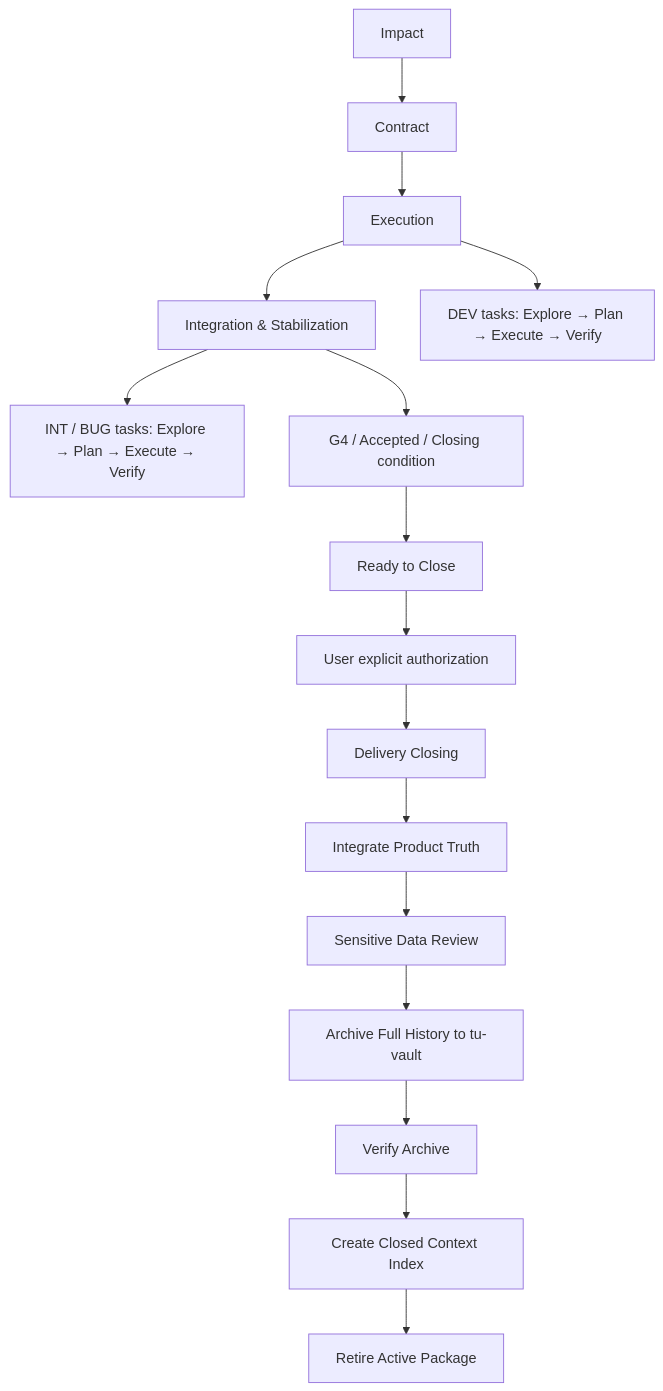
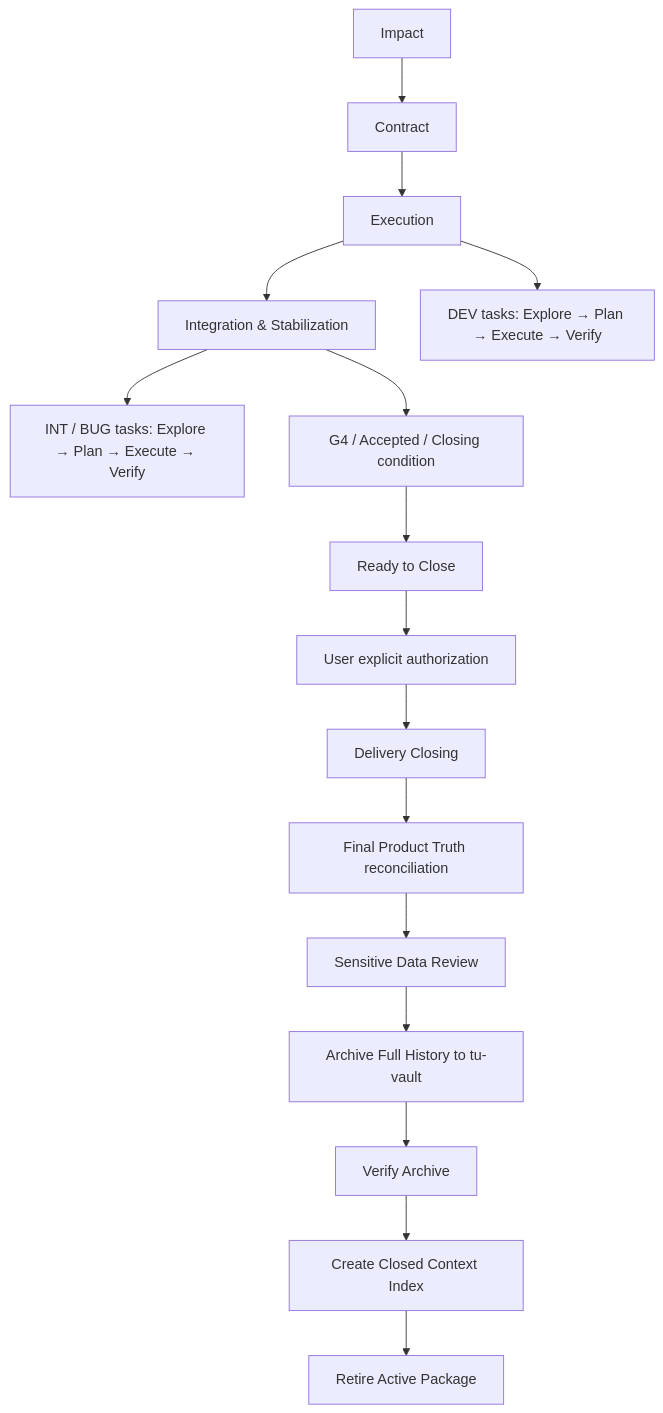
The diagram in docs/workflows/feature-delivery/README.md (cnxutu/tu-engineering-workbench), drawn with Mermaid before and after one commit. The commit also changed other lines of this file and 13 other files, not shown here.

````diff
--- a/docs/workflows/feature-delivery/README.md
+++ b/docs/workflows/feature-delivery/README.md
@@ -140,16 +140,16 @@
 ```mermaid
 flowchart TD
     I[Impact] --> C[Contract] --> E[Execution] --> S[Integration & Stabilization]
     E --> D[DEV tasks: Explore → Plan → Execute → Verify]
     S --> T[INT / BUG tasks: Explore → Plan → Execute → Verify]
     S --> G[G4 / Accepted / Closing condition]
     G --> R[Ready to Close]
     R --> U[User explicit authorization]
     U --> DC[Delivery Closing]
-    DC --> IP[Integrate Product Truth]
+    DC --> IP[Final Product Truth reconciliation]
     IP --> SDR[Sensitive Data Review]
     SDR --> A[Archive Full History to tu-vault]
     A --> VA[Verify Archive]
     VA --> CI[Create Closed Context Index]
     CI --> RA[Retire Active Package]
 ```
````
